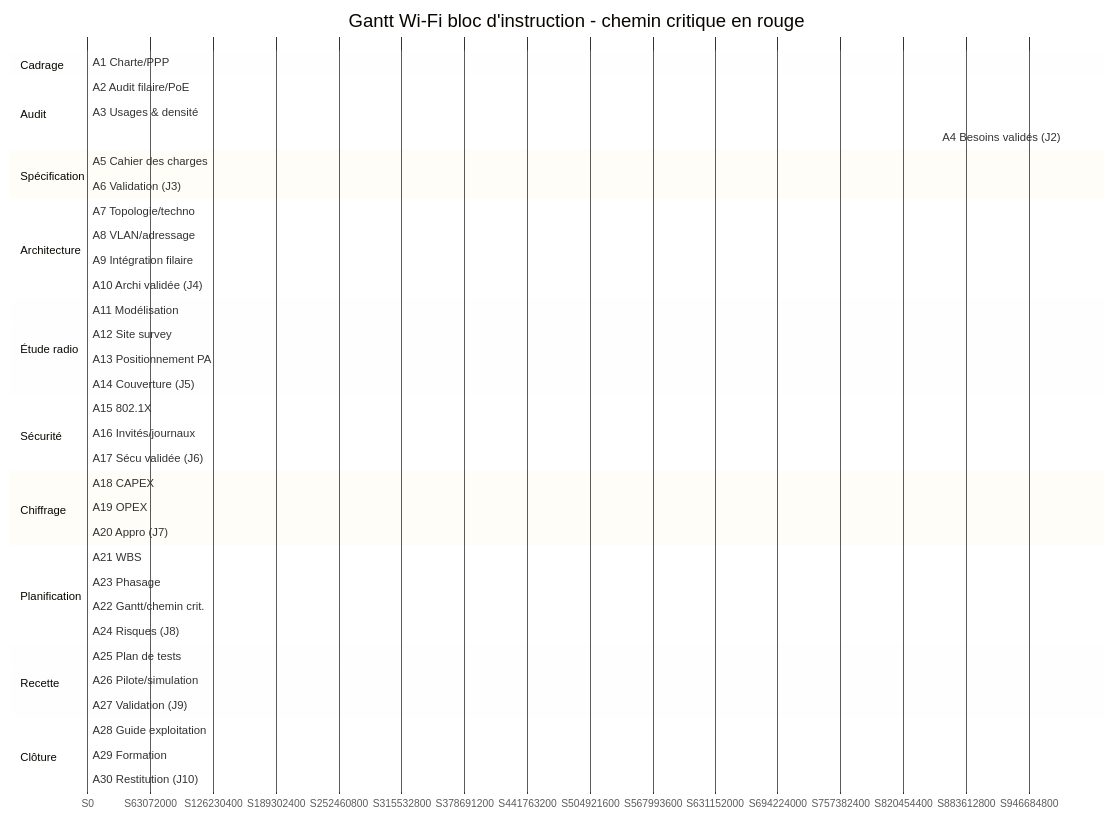
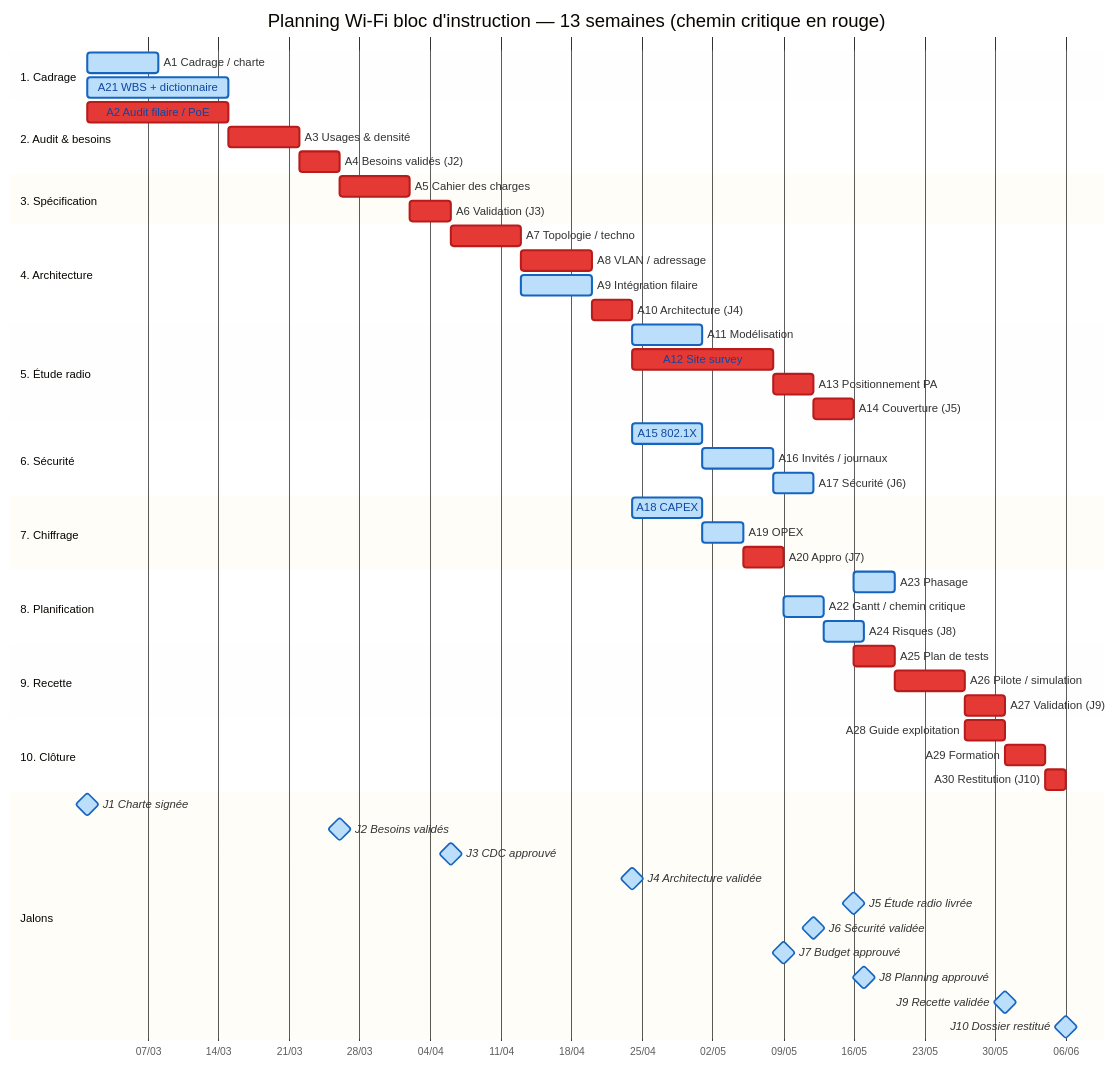
One commit to azzabitarek/eem26_web changed the first of 3 diagrams in docs/03-plans-de-gestion/diagrammes-gantt-pert.md. Above: the diagram before and after it, drawn with Mermaid. The commit also changed other lines of this file, not shown here.

Commit message:
Amelioration des diagrammes Gantt et PERT: dates reelles, jalons, chemin critique

````diff
--- a/docs/03-plans-de-gestion/diagrammes-gantt-pert.md
+++ b/docs/03-plans-de-gestion/diagrammes-gantt-pert.md
@@ -68,48 +68,70 @@
 ```mermaid
-%%{init: {'theme':'base', 'themeVariables': {'critBkgColor':'#e53935','critBorderColor':'#b71c1c','doneTaskBkgColor':'#90caf9','taskBkgColor':'#90caf9','taskBorderColor':'#1565c0'}}}%%
+%%{init: {'theme':'base', 'themeVariables': {'critBkgColor':'#e53935','critBorderColor':'#b71c1c','critTextColor':'#ffffff','taskBkgColor':'#bbdefb','taskBorderColor':'#1565c0','taskTextColor':'#0d47a1','doneTaskBkgColor':'#bbdefb','todayLineColor':'#00000000'}}}%%
 gantt
-    title Gantt Wi-Fi bloc d'instruction - chemin critique en rouge
-    dateFormat X
-    axisFormat S%s
+    title Planning Wi-Fi bloc d'instruction — 13 semaines (chemin critique en rouge)
+    dateFormat YYYY-MM-DD
+    axisFormat %d/%m
     todayMarker off
-    section Cadrage
-    A1 Charte/PPP            :crit, a1, 0, 1
-    section Audit
-    A2 Audit filaire/PoE     :crit, a2, 1, 1.5
-    A3 Usages & densité      :crit, a3, 2.5, 1
-    A4 Besoins validés (J2)  :crit, a4, 3.5, 0.5
-    section Spécification
-    A5 Cahier des charges    :crit, a5, 4, 1
-    A6 Validation (J3)       :crit, a6, 5, 1
-    section Architecture
-    A7 Topologie/techno      :crit, a7, 6, 1
-    A8 VLAN/adressage        :crit, a8, 7, 1
-    A9 Intégration filaire   :a9, 7, 1
-    A10 Archi validée (J4)   :crit, a10, 8, 1
-    section Étude radio
-    A11 Modélisation         :crit, a11, 9, 1
-    A12 Site survey          :crit, a12, 9, 2
-    A13 Positionnement PA    :crit, a13, 11, 1
-    A14 Couverture (J5)      :crit, a14, 12, 1
-    section Sécurité
-    A15 802.1X               :a15, 9, 1
-    A16 Invités/journaux     :a16, 10, 1
-    A17 Sécu validée (J6)    :a17, 11, 1
-    section Chiffrage
-    A18 CAPEX                :crit, a18, 13, 1
-    A19 OPEX                 :crit, a19, 14, 1
-    A20 Appro (J7)           :crit, a20, 15, 1
-    section Planification
-    A21 WBS                  :crit, a21, 0, 1
-    A23 Phasage              :a23, 13, 1
-    A22 Gantt/chemin crit.   :crit, a22, 16, 1
-    A24 Risques (J8)         :crit, a24, 16, 1
-    section Recette
-    A25 Plan de tests        :a25, 13, 1
-    A26 Pilote/simulation    :a26, 14, 2
-    A27 Validation (J9)      :crit, a27, 16, 1
-    section Clôture
-    A28 Guide exploitation   :crit, a28, 17, 1
-    A29 Formation            :crit, a29, 18, 1
-    A30 Restitution (J10)    :crit, a30, 19, 1
+
+    section 1. Cadrage
+    A1 Cadrage / charte          :a1, 2027-03-01, 7d
+    A21 WBS + dictionnaire       :a21, 2027-03-01, 14d
+
+    section 2. Audit & besoins
+    A2 Audit filaire / PoE       :crit, a2, 2027-03-01, 14d
+    A3 Usages & densité          :crit, a3, after a2, 7d
+    A4 Besoins validés (J2)      :crit, a4, after a3, 4d
+
+    section 3. Spécification
+    A5 Cahier des charges        :crit, a5, after a4, 7d
+    A6 Validation (J3)           :crit, a6, after a5, 4d
+
+    section 4. Architecture
+    A7 Topologie / techno        :crit, a7, after a6, 7d
+    A8 VLAN / adressage          :crit, a8, after a7, 7d
+    A9 Intégration filaire       :a9, after a7, 7d
+    A10 Architecture (J4)        :crit, a10, after a8, 4d
+
+    section 5. Étude radio
+    A11 Modélisation             :a11, after a10, 7d
+    A12 Site survey              :crit, a12, after a10, 14d
+    A13 Positionnement PA        :crit, a13, after a12, 4d
+    A14 Couverture (J5)          :crit, a14, after a13, 4d
+
+    section 6. Sécurité
+    A15 802.1X                   :a15, after a10, 7d
+    A16 Invités / journaux       :a16, after a15, 7d
+    A17 Sécurité (J6)            :a17, after a16, 4d
+
+    section 7. Chiffrage
+    A18 CAPEX                    :a18, after a10, 7d
+    A19 OPEX                     :a19, after a18, 4d
+    A20 Appro (J7)               :crit, a20, after a19, 4d
+
+    section 8. Planification
+    A23 Phasage                  :a23, after a14, 4d
+    A22 Gantt / chemin critique  :a22, after a20, 4d
+    A24 Risques (J8)             :a24, after a22, 4d
+
+    section 9. Recette
+    A25 Plan de tests            :crit, a25, after a14, 4d
+    A26 Pilote / simulation      :crit, a26, after a25, 7d
+    A27 Validation (J9)          :crit, a27, after a26, 4d
+
+    section 10. Clôture
+    A28 Guide exploitation       :crit, a28, after a26, 4d
+    A29 Formation                :crit, a29, after a28, 4d
+    A30 Restitution (J10)        :crit, a30, after a29, 2d
+
+    section Jalons
+    J1 Charte signée             :milestone, m1, 2027-03-01, 0d
+    J2 Besoins validés           :milestone, m2, after a4, 0d
+    J3 CDC approuvé              :milestone, m3, after a6, 0d
+    J4 Architecture validée      :milestone, m4, after a10, 0d
+    J5 Étude radio livrée        :milestone, m5, after a14, 0d
+    J6 Sécurité validée          :milestone, m6, after a17, 0d
+    J7 Budget approuvé           :milestone, m7, after a20, 0d
+    J8 Planning approuvé         :milestone, m8, after a24, 0d
+    J9 Recette validée           :milestone, m9, after a27, 0d
+    J10 Dossier restitué         :milestone, m10, after a30, 0d
 ```
````
